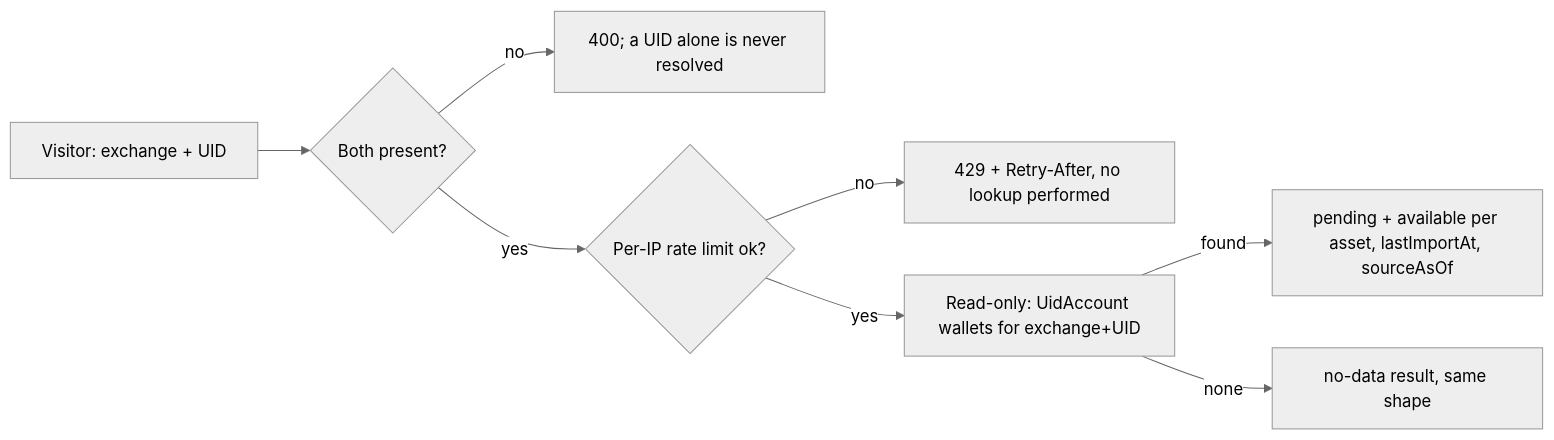
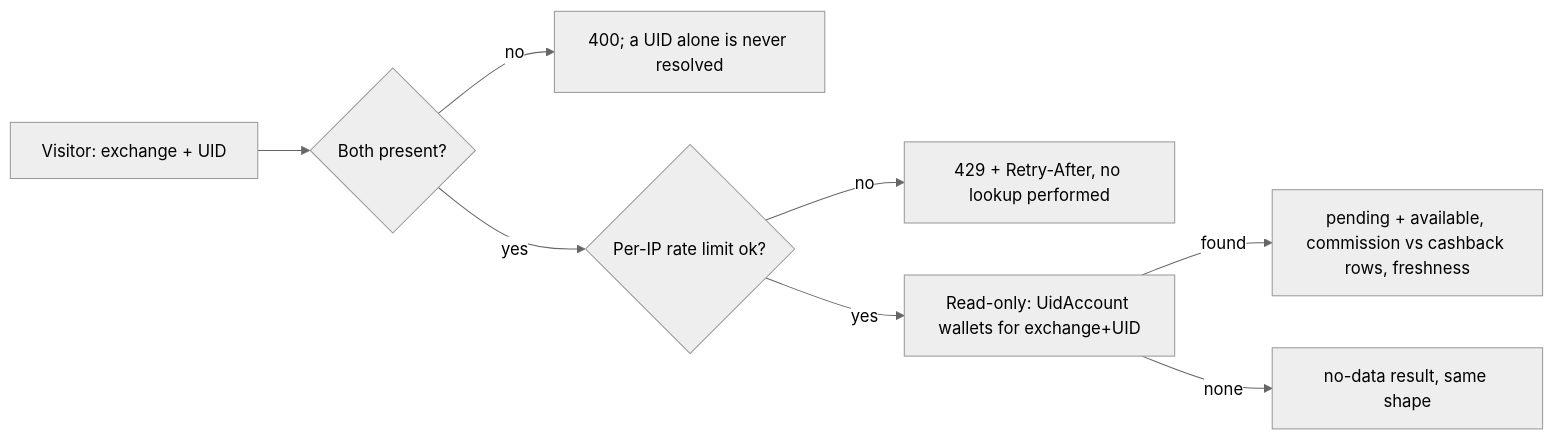
The third of 7 diagrams in .kiro/specs/cashback-platform/design.md (BuiHoangDuong/13092026), drawn with Mermaid (neutral theme) before and after one commit. The commit also changed other lines of this file and 35 other files, not shown here.

````diff
--- a/.kiro/specs/cashback-platform/design.md
+++ b/.kiro/specs/cashback-platform/design.md
@@ -166,10 +166,10 @@
 ```mermaid
 flowchart LR
   V[Visitor: exchange + UID] --> V2{Both present?}
   V2 -- no --> E400[400; a UID alone is never resolved]
   V2 -- yes --> RL{Per-IP rate limit ok?}
   RL -- no --> R429[429 + Retry-After, no lookup performed]
   RL -- yes --> Q[Read-only: UidAccount wallets for exchange+UID]
-  Q -- found --> Y[pending + available per asset, lastImportAt, sourceAsOf]
+  Q -- found --> Y[pending + available, commission vs cashback rows, freshness]
   Q -- none --> N[no-data result, same shape]
 ```
````
